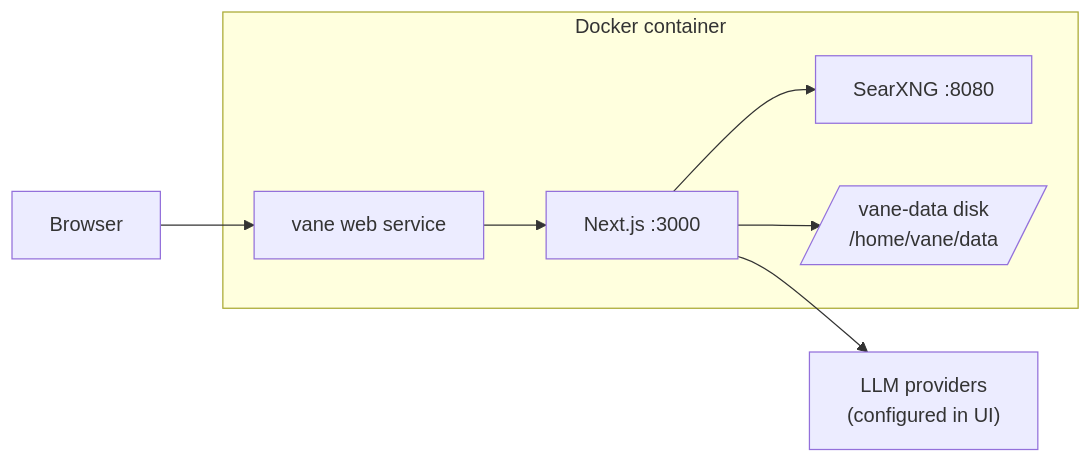
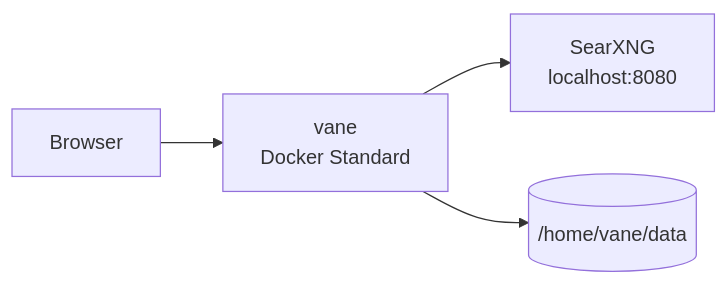
The diagram in README.md (render-examples/vane), drawn with Mermaid before and after one commit. The commit also changed other lines of this file and 3 other files, not shown here.

````diff
--- a/README.md
+++ b/README.md
@@ -48,10 +39,6 @@
 ```mermaid
 flowchart LR
-  user["Browser"] --> web["vane web service"]
-  subgraph container["Docker container"]
-    web --> next["Next.js :3000"]
-    next --> searx["SearXNG :8080"]
-    next --> disk[/"vane-data disk\n/home/vane/data"/]
-  end
-  next --> llm["LLM providers\n(configured in UI)"]
+  browser["Browser"] --> vane["vane<br/>Docker Standard"]
+  vane --> searx["SearXNG<br/>localhost:8080"]
+  vane --> disk[("/home/vane/data")]
 ```
````
